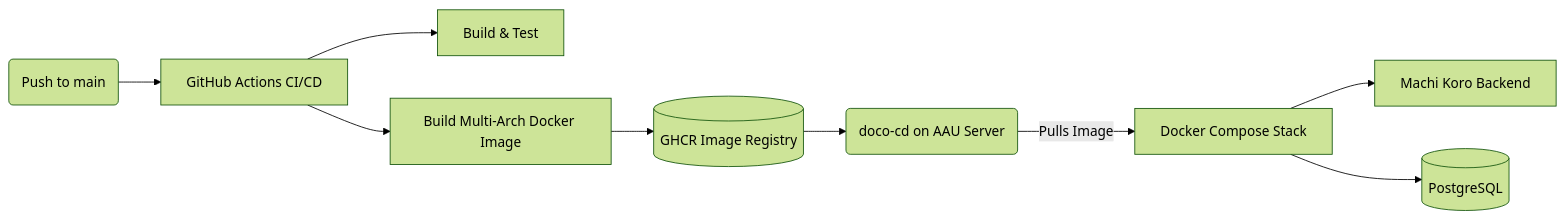
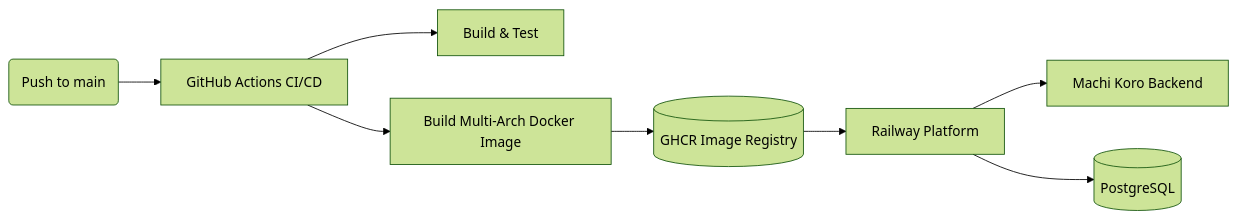
The second of 2 diagrams in README.md (SE2-Machi-Koro/Server), drawn with Mermaid (forest theme) before and after one commit. The commit also changed other lines of this file, not shown here.

First line of the commit message:
docs: Update README for Railway deployment

````diff
--- a/README.md
+++ b/README.md
@@ -353,12 +354,10 @@
 ```mermaid
 flowchart LR
     Push(Push to main) --> Action[GitHub Actions CI/CD]
     Action --> Test[Build & Test]
     Action --> Docker[Build Multi-Arch Docker Image]
     Docker --> GHCR[(GHCR Image Registry)]
-    
-    GHCR --> DocoCD(doco-cd on AAU Server)
-    DocoCD -->|Pulls Image| Production[Docker Compose Stack]
-    Production --> Backend[Machi Koro Backend]
-    Production --> DB[(PostgreSQL)]
+    GHCR --> Railway[Railway Platform]
+    Railway --> Backend[Machi Koro Backend]
+    Railway --> DB[(PostgreSQL)]
 ```
````
